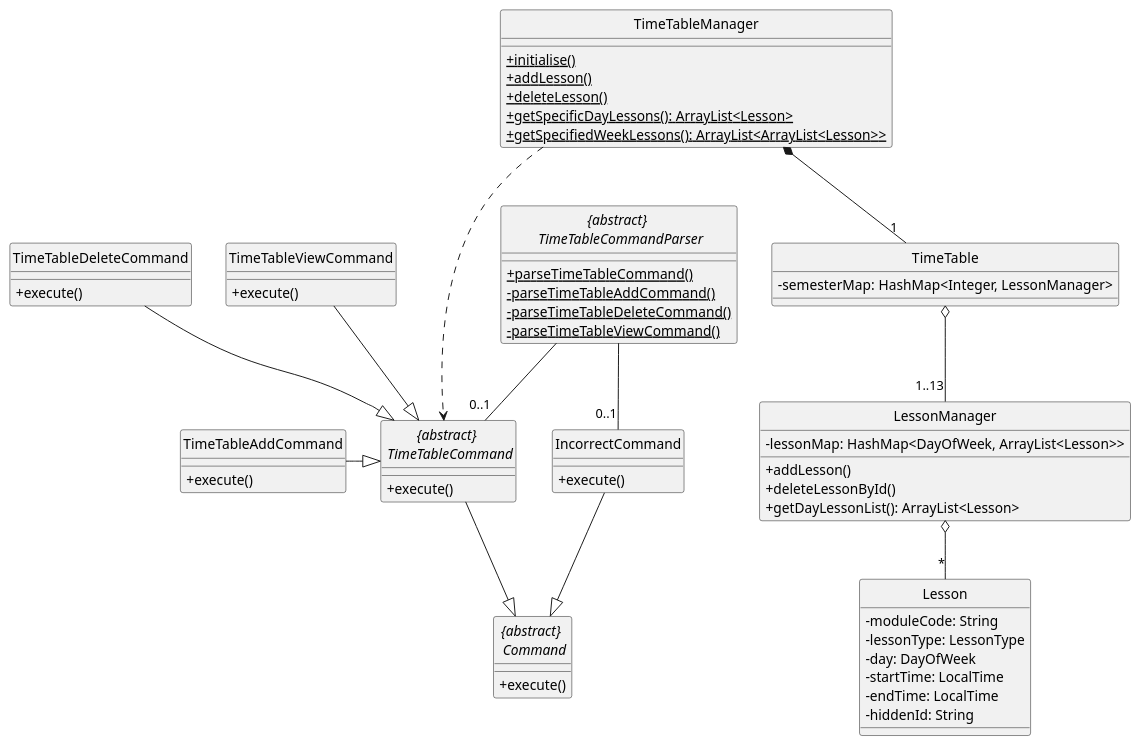
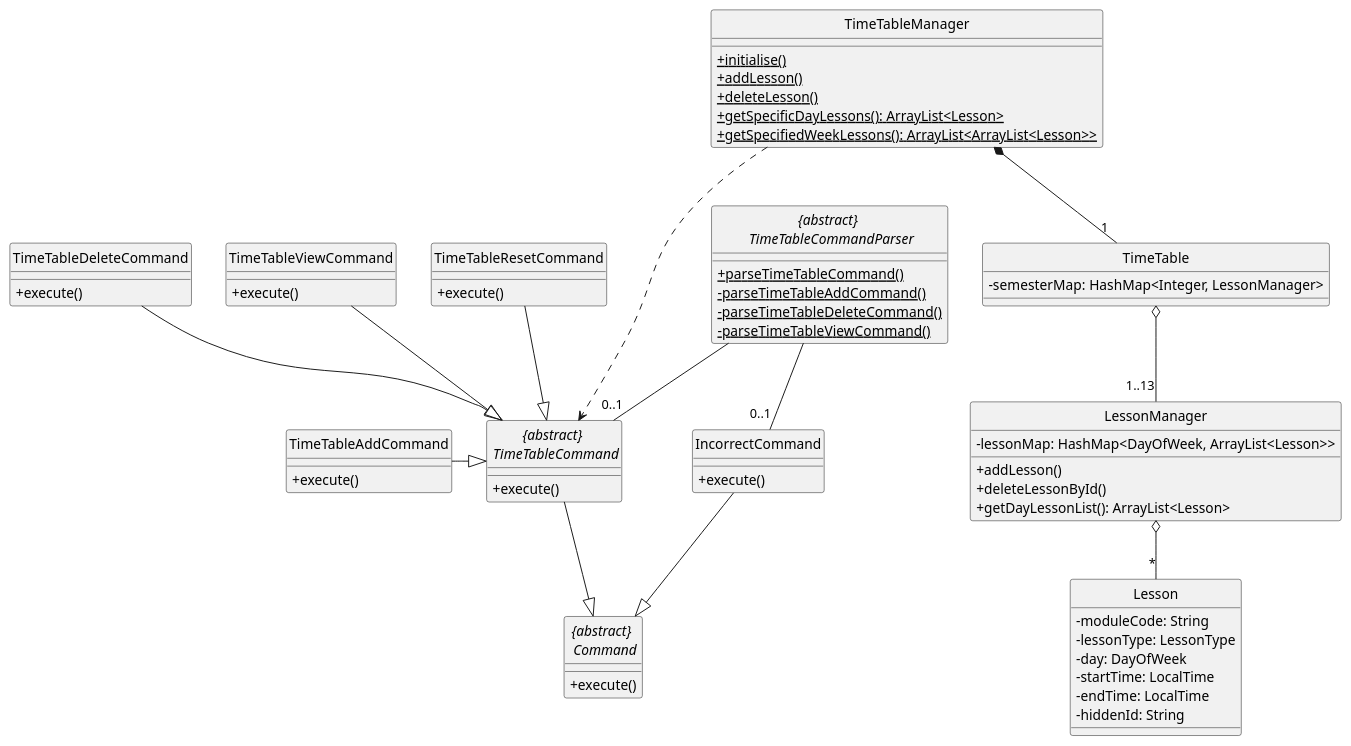
One commit to wangqinNick/tp changed the diagram in docs/diagrams/UML/TimeTableClassDiagram.puml. Above: the diagram before and after it, drawn with PlantUML. The commit also changed 2 other files, not shown here.

Commit message:
Update TimetableClassDiagram

```diff
--- a/docs/diagrams/UML/TimeTableClassDiagram.puml
+++ b/docs/diagrams/UML/TimeTableClassDiagram.puml
@@ -1,83 +1,89 @@
 @startuml
 
 hide circle
 skinparam classAttributeIconSize 0
 
 class TimeTableAddCommand
 class TimeTableDeleteCommand
 class TimeTableViewCommand
 class Lesson {
     - moduleCode: String
     - lessonType: LessonType
     - day: DayOfWeek
     - startTime: LocalTime
     - endTime: LocalTime
     - hiddenId: String
 }
 
 abstract class "{abstract} \n TimeTableCommandParser" {
     + {static} parseTimeTableCommand()
     - {static} parseTimeTableAddCommand()
     - {static} parseTimeTableDeleteCommand()
     - {static} parseTimeTableViewCommand()
 }
 
 abstract class "{abstract} \n TimeTableCommand" {
     + execute()
 }
 
 abstract class "{abstract} \n Command" {
     + execute()
 }
 
 class TimeTable {
     - semesterMap: HashMap<Integer, LessonManager>
 }
 
 class TimeTableAddCommand {
     + execute()
 }
 
 class TimeTableViewCommand {
     + execute()
 }
 
 class TimeTableDeleteCommand {
     + execute()
 }
 
+class TimeTableResetCommand {
+    + execute()
+}
+
 class IncorrectCommand {
     + execute()
 }
 
 class LessonManager {
     - lessonMap: HashMap<DayOfWeek, ArrayList<Lesson>>
     + addLesson()
     + deleteLessonById()
     + getDayLessonList(): ArrayList<Lesson>
 }
 
 class TimeTableManager {
     + {static} initialise()
     + {static} addLesson()
     + {static} deleteLesson()
     + {static} getSpecificDayLessons(): ArrayList<Lesson>
     + {static} getSpecifiedWeekLessons(): ArrayList<ArrayList<Lesson>>
 }
 
 "{abstract} \n TimeTableCommand" --|> "{abstract} \n Command"
 IncorrectCommand --|> "{abstract} \n Command"
 
 "{abstract} \n TimeTableCommandParser" -- "0..1" "{abstract} \n TimeTableCommand"
 "{abstract} \n TimeTableCommandParser" -- "0..1" IncorrectCommand
 
 TimeTableAddCommand -|> "{abstract} \n TimeTableCommand"
 TimeTableDeleteCommand --|> "{abstract} \n TimeTableCommand"
 TimeTableViewCommand --|> "{abstract} \n TimeTableCommand"
+TimeTableResetCommand --|> "{abstract} \n TimeTableCommand"
+
 TimeTableManager *-- "1" TimeTable
 TimeTable o-- "1..13" LessonManager
 LessonManager o-- "*" Lesson
 
 TimeTableManager ...> "{abstract} \n TimeTableCommand"
 
 @enduml
```
